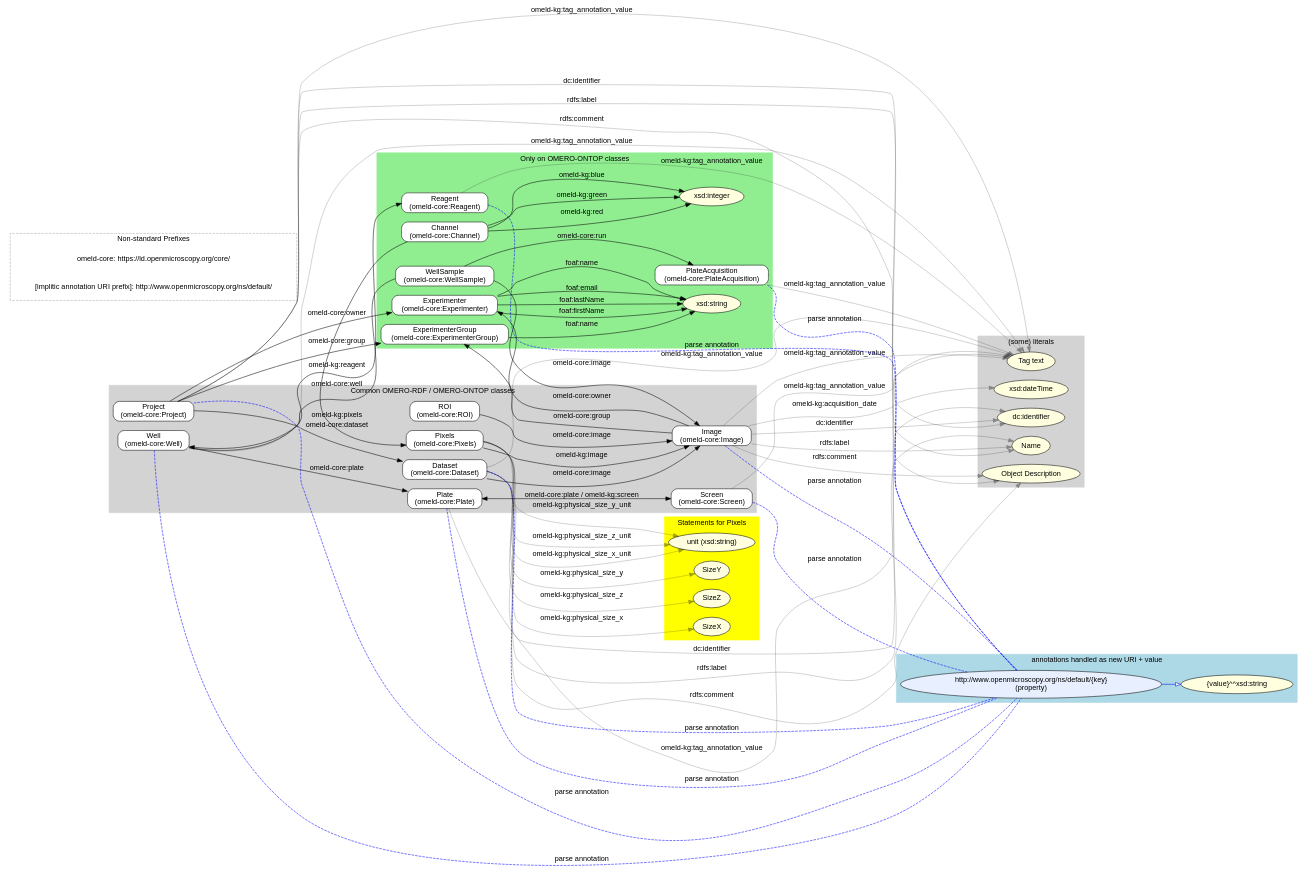
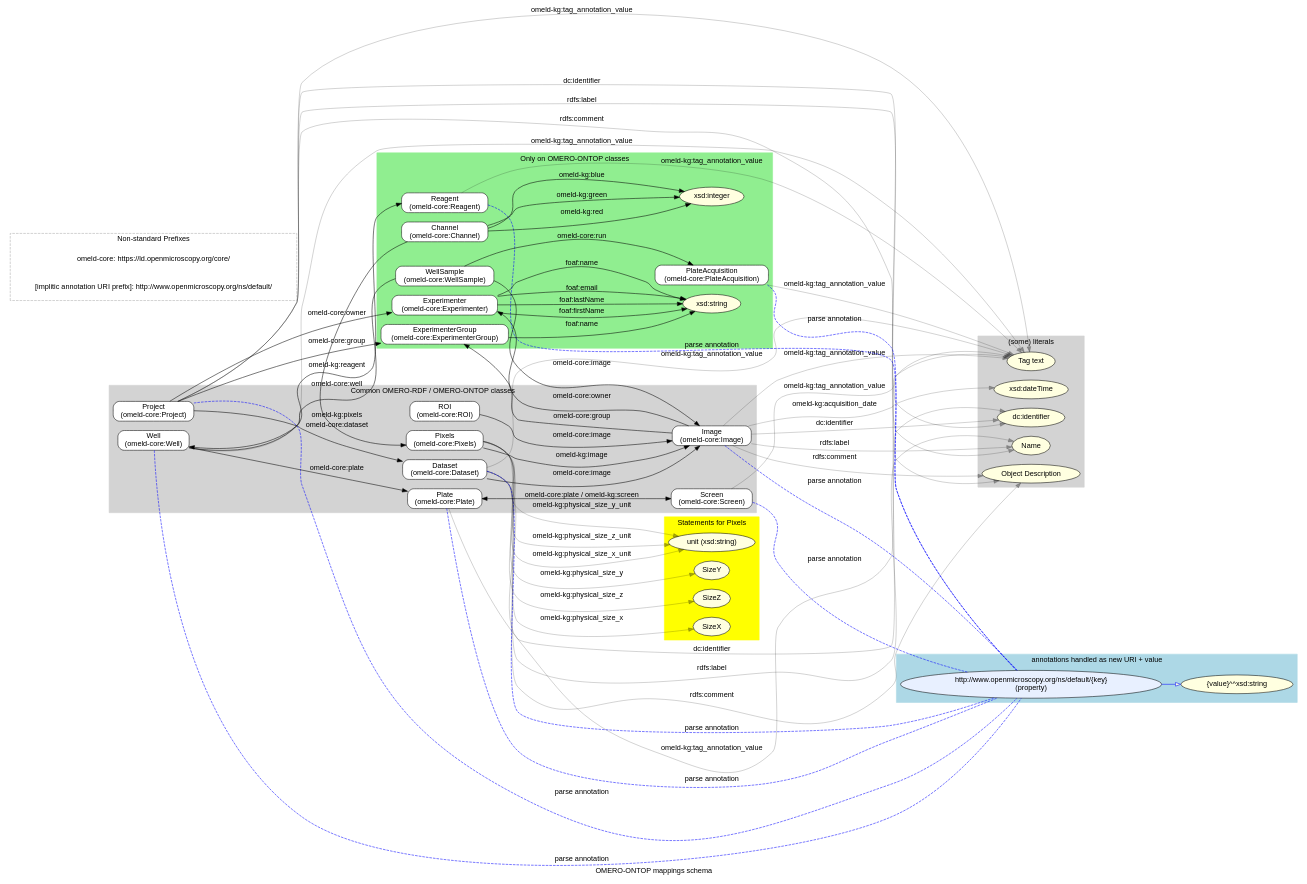
One commit to lubianat/omero-ontop-to-rdf-comparisons changed the diagram in omero-ontop-graphviz.dot. Above: the diagram before and after it, drawn with Graphviz. The commit also changed 2 other files, not shown here.

Commit message:
add png for graphviz schemas

```diff
--- a/omero-ontop-graphviz.dot
+++ b/omero-ontop-graphviz.dot
@@ -1,6 +1,7 @@
 // BUILT UPON BASELINE BY CHAT GPT - 5
 // NEEDS MORE REVIEWS
-digraph OMERO_OBDA_BEAUTIFUL {
+digraph OMERO_ONTOP {
+    label = "OMERO-ONTOP mappings schema";
     rankdir = LR;
     fontname = "Helvetica";
     
```
